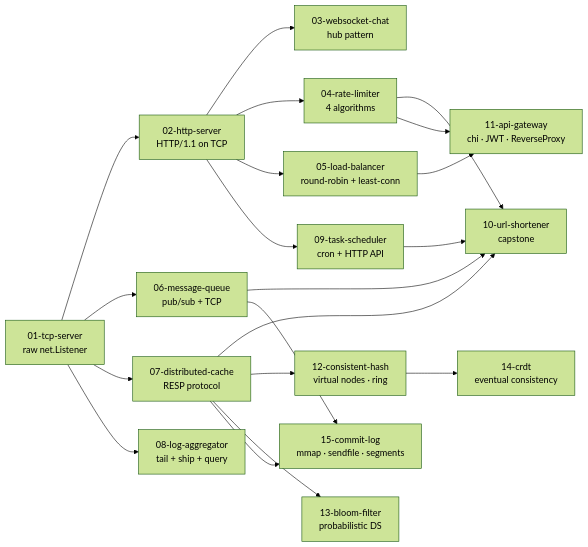
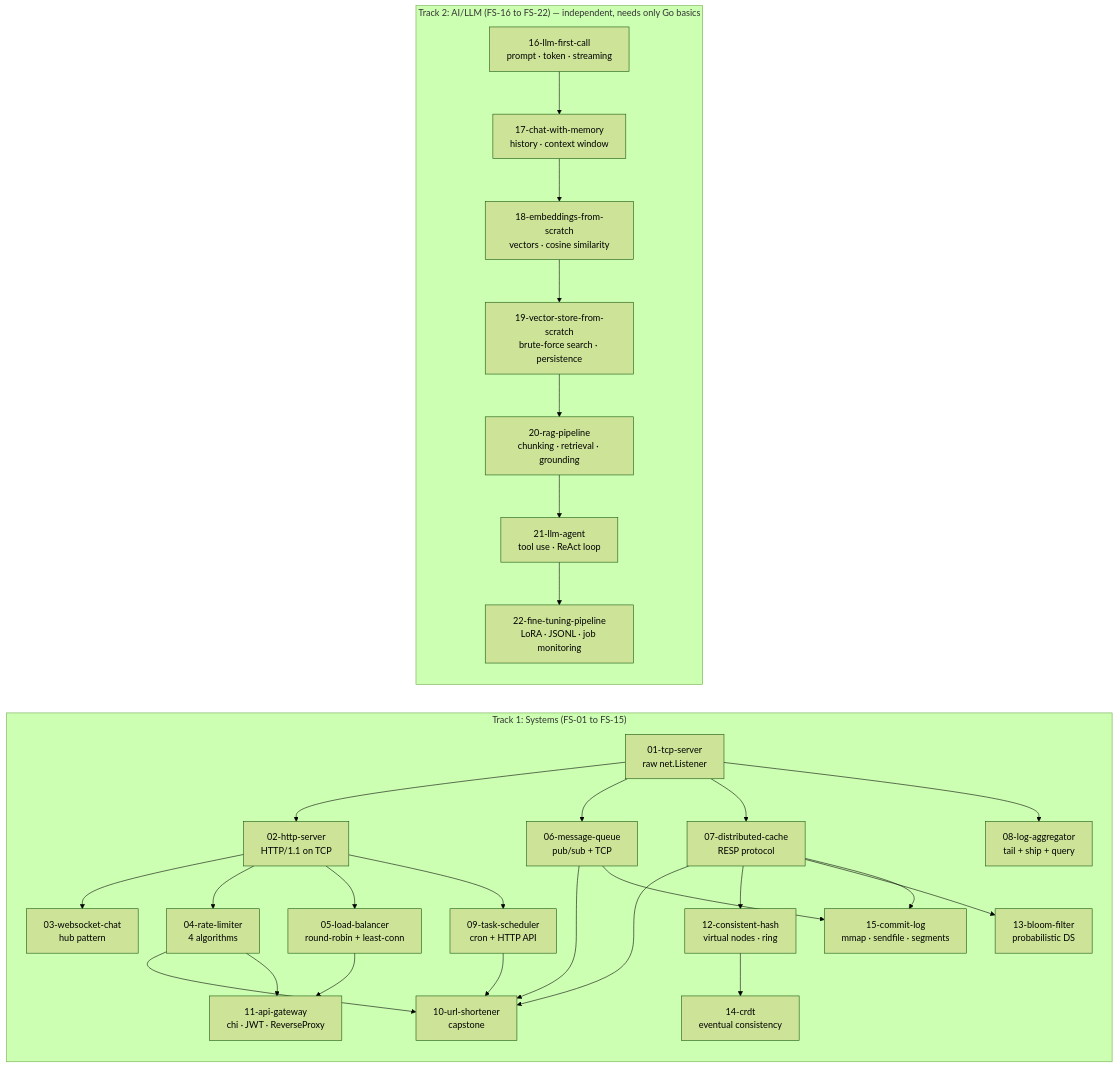
One commit to deepanshu-rawat6/tour-of-go changed the first of 16 diagrams in from-scratch/README.md. Above: the diagram before and after it, drawn with Mermaid (forest theme). The commit also changed other lines of this file and 32 other files, not shown here.

````diff
--- a/from-scratch/README.md
+++ b/from-scratch/README.md
@@ -11,17 +13,29 @@
 ```mermaid
 graph LR
-    T[01-tcp-server<br/>raw net.Listener] --> H[02-http-server<br/>HTTP/1.1 on TCP]
-    H --> W[03-websocket-chat<br/>hub pattern]
-    H --> R[04-rate-limiter<br/>4 algorithms]
-    H --> L[05-load-balancer<br/>round-robin + least-conn]
-    T --> M[06-message-queue<br/>pub/sub + TCP]
-    T --> C[07-distributed-cache<br/>RESP protocol]
-    T --> A[08-log-aggregator<br/>tail + ship + query]
-    H --> S[09-task-scheduler<br/>cron + HTTP API]
-    R & C & M & S --> U[10-url-shortener<br/>capstone]
-    R & L --> G[11-api-gateway<br/>chi · JWT · ReverseProxy]
-    C --> CH[12-consistent-hash<br/>virtual nodes · ring]
-    C --> BF[13-bloom-filter<br/>probabilistic DS]
-    CH --> CRDT[14-crdt<br/>eventual consistency]
-    M & C --> CL[15-commit-log<br/>mmap · sendfile · segments]
+    subgraph SYS["Track 1: Systems (FS-01 to FS-15)"]
+        T[01-tcp-server<br/>raw net.Listener] --> H[02-http-server<br/>HTTP/1.1 on TCP]
+        H --> W[03-websocket-chat<br/>hub pattern]
+        H --> R[04-rate-limiter<br/>4 algorithms]
+        H --> L[05-load-balancer<br/>round-robin + least-conn]
+        T --> M[06-message-queue<br/>pub/sub + TCP]
+        T --> C[07-distributed-cache<br/>RESP protocol]
+        T --> A[08-log-aggregator<br/>tail + ship + query]
+        H --> S[09-task-scheduler<br/>cron + HTTP API]
+        R & C & M & S --> U[10-url-shortener<br/>capstone]
+        R & L --> G[11-api-gateway<br/>chi · JWT · ReverseProxy]
+        C --> CH[12-consistent-hash<br/>virtual nodes · ring]
+        C --> BF[13-bloom-filter<br/>probabilistic DS]
+        CH --> CRDT[14-crdt<br/>eventual consistency]
+        M & C --> CL[15-commit-log<br/>mmap · sendfile · segments]
+    end
+
+    subgraph AI["Track 2: AI/LLM (FS-16 to FS-22) — independent, needs only Go basics"]
+        LLM_CALL[16-llm-first-call<br/>prompt · token · streaming]
+        LLM_CALL --> CHAT[17-chat-with-memory<br/>history · context window]
+        CHAT --> EMBED[18-embeddings-from-scratch<br/>vectors · cosine similarity]
+        EMBED --> VS[19-vector-store-from-scratch<br/>brute-force search · persistence]
+        VS --> RAG[20-rag-pipeline<br/>chunking · retrieval · grounding]
+        RAG --> AGENT[21-llm-agent<br/>tool use · ReAct loop]
+        AGENT --> FT[22-fine-tuning-pipeline<br/>LoRA · JSONL · job monitoring]
+    end
 ```
````
